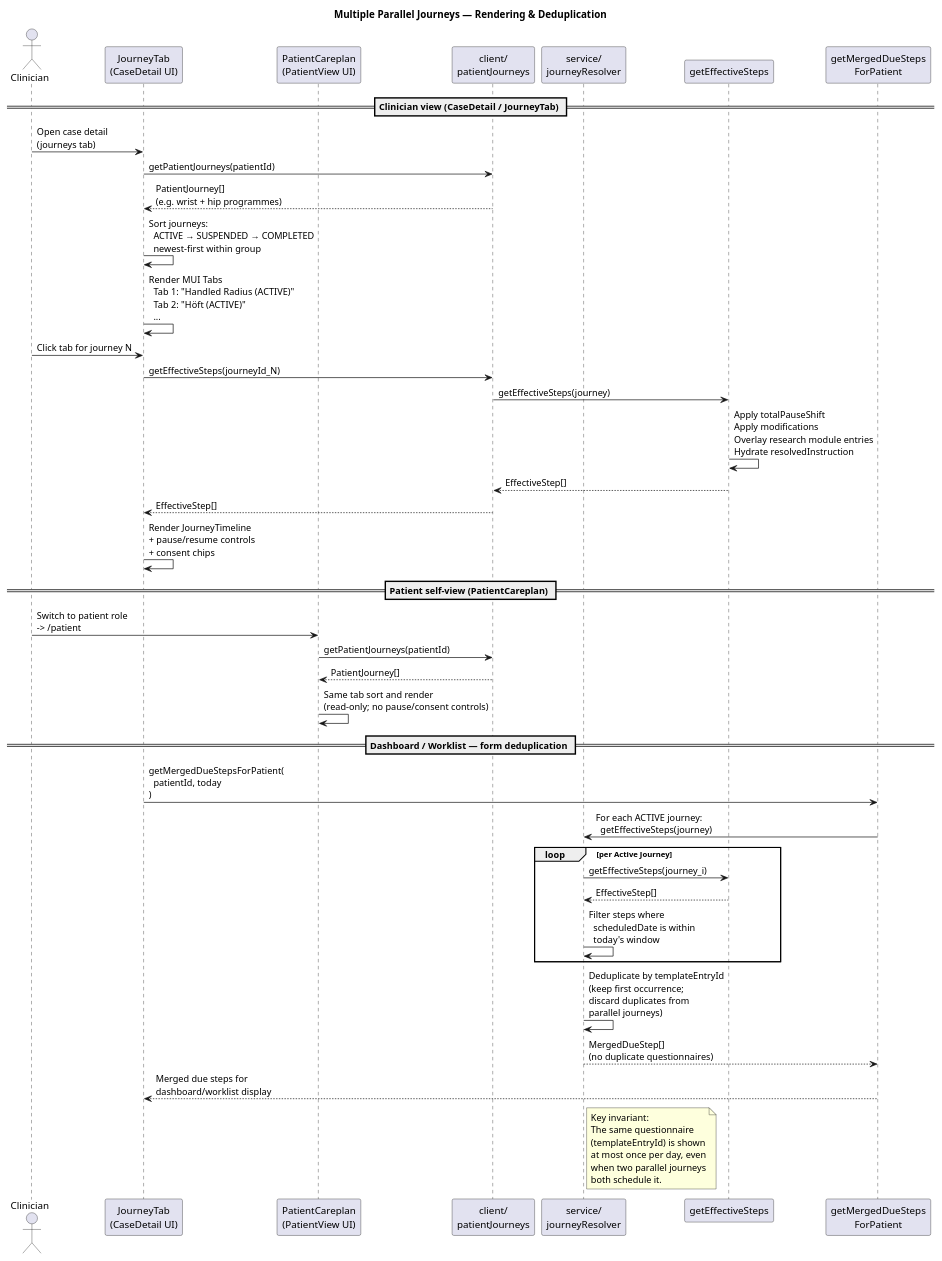
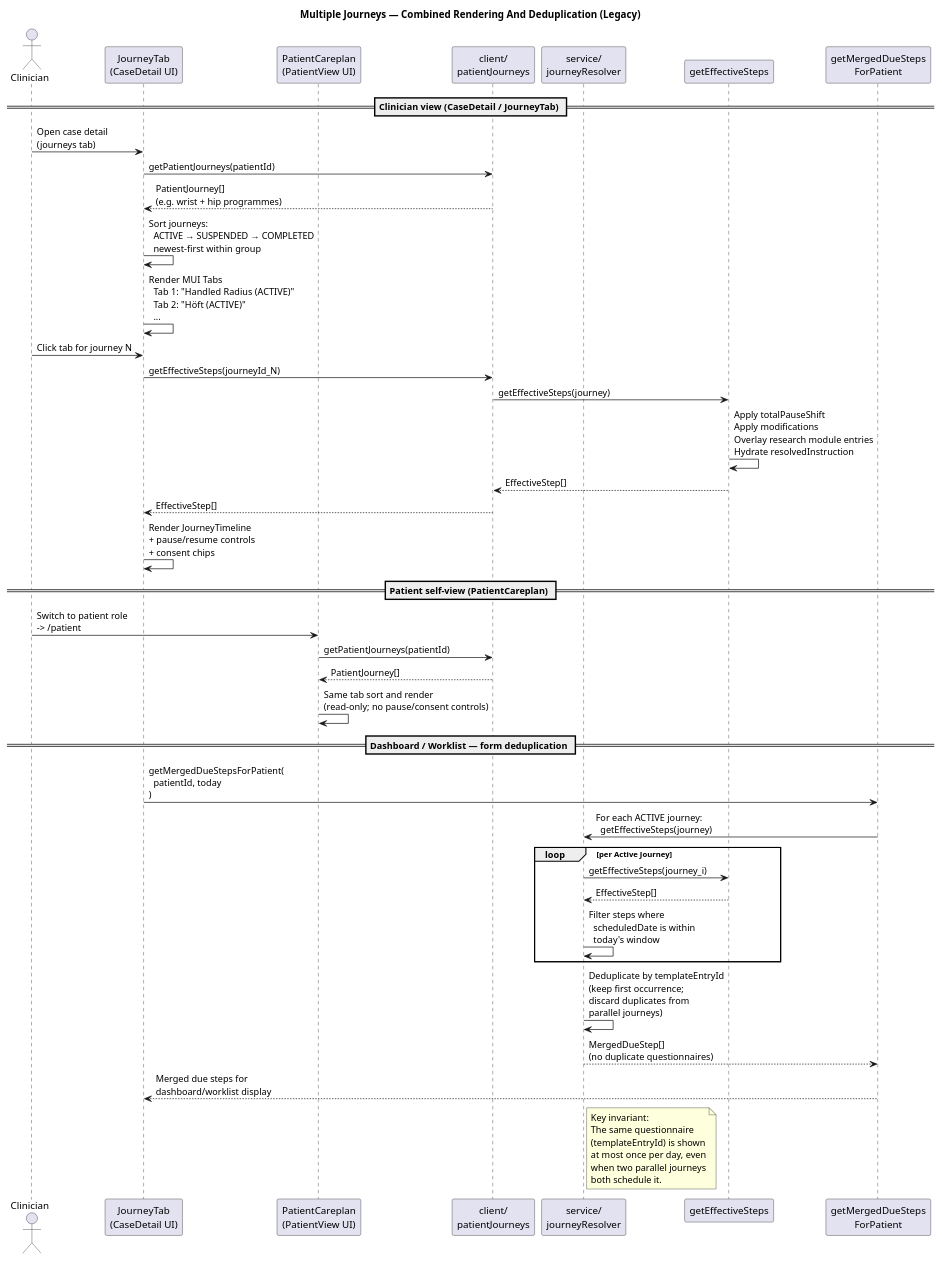
One commit to gforge/DUK changed the diagram in docs/diagrams/multi-journey-tabs.puml. Above: the diagram before and after it, drawn with PlantUML. The commit also changed 38 other files, not shown here.

```diff
--- a/docs/diagrams/multi-journey-tabs.puml
+++ b/docs/diagrams/multi-journey-tabs.puml
@@ -1,58 +1,58 @@
 @startuml
-title Multiple Parallel Journeys — Rendering & Deduplication
+title Multiple Journeys — Combined Rendering And Deduplication (Legacy)
 
 actor Clinician
 participant "JourneyTab\n(CaseDetail UI)" as JT
 participant "PatientCareplan\n(PatientView UI)" as PC
 participant "client/\npatientJourneys" as Client
 participant "service/\njourneyResolver" as Resolver
 participant "getEffectiveSteps" as GES
 participant "getMergedDueSteps\nForPatient" as MDS
 
 == Clinician view (CaseDetail / JourneyTab) ==
 
 Clinician -> JT : Open case detail\n(journeys tab)
 JT -> Client : getPatientJourneys(patientId)
 Client --> JT : PatientJourney[]\n(e.g. wrist + hip programmes)
 JT -> JT : Sort journeys:\n  ACTIVE → SUSPENDED → COMPLETED\n  newest-first within group
 JT -> JT : Render MUI Tabs\n  Tab 1: "Handled Radius (ACTIVE)"\n  Tab 2: "Höft (ACTIVE)"\n  ...
 Clinician -> JT : Click tab for journey N
 JT -> Client : getEffectiveSteps(journeyId_N)
 Client -> GES : getEffectiveSteps(journey)
 GES -> GES : Apply totalPauseShift\nApply modifications\nOverlay research module entries\nHydrate resolvedInstruction
 GES --> Client : EffectiveStep[]
 Client --> JT : EffectiveStep[]
 JT -> JT : Render JourneyTimeline\n+ pause/resume controls\n+ consent chips
 
 == Patient self-view (PatientCareplan) ==
 
 Clinician -> PC : Switch to patient role\n-> /patient
 PC -> Client : getPatientJourneys(patientId)
 Client --> PC : PatientJourney[]
 PC -> PC : Same tab sort and render\n(read-only; no pause/consent controls)
 
 == Dashboard / Worklist — form deduplication ==
 
 JT -> MDS : getMergedDueStepsForPatient(\n  patientId, today\n)
 MDS -> Resolver : For each ACTIVE journey:\n  getEffectiveSteps(journey)
 
 loop per Active Journey
   Resolver -> GES : getEffectiveSteps(journey_i)
   GES --> Resolver : EffectiveStep[]
   Resolver -> Resolver : Filter steps where\n  scheduledDate is within\n  today's window
 end
 
 Resolver -> Resolver : Deduplicate by templateEntryId\n(keep first occurrence;\ndiscard duplicates from\nparallel journeys)
 Resolver --> MDS : MergedDueStep[]\n(no duplicate questionnaires)
 MDS --> JT : Merged due steps for\ndashboard/worklist display
 
 note right of Resolver
   Key invariant:
   The same questionnaire
   (templateEntryId) is shown
   at most once per day, even
   when two parallel journeys
   both schedule it.
 end note
 
 @enduml
```
